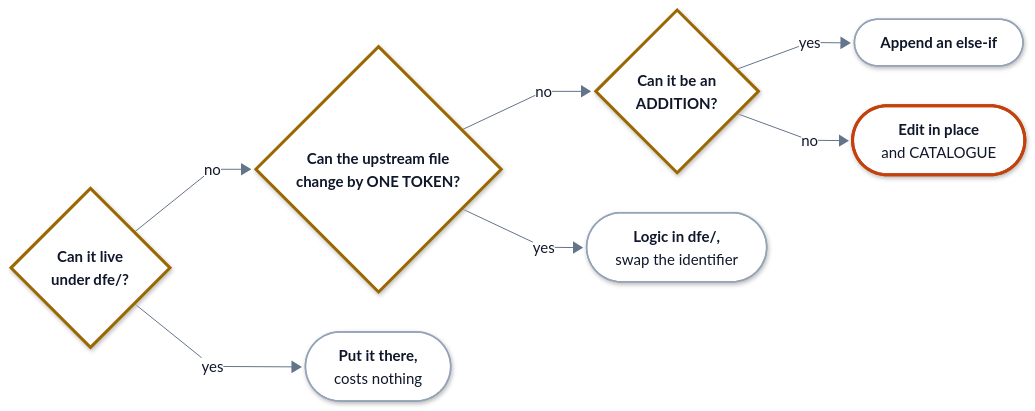
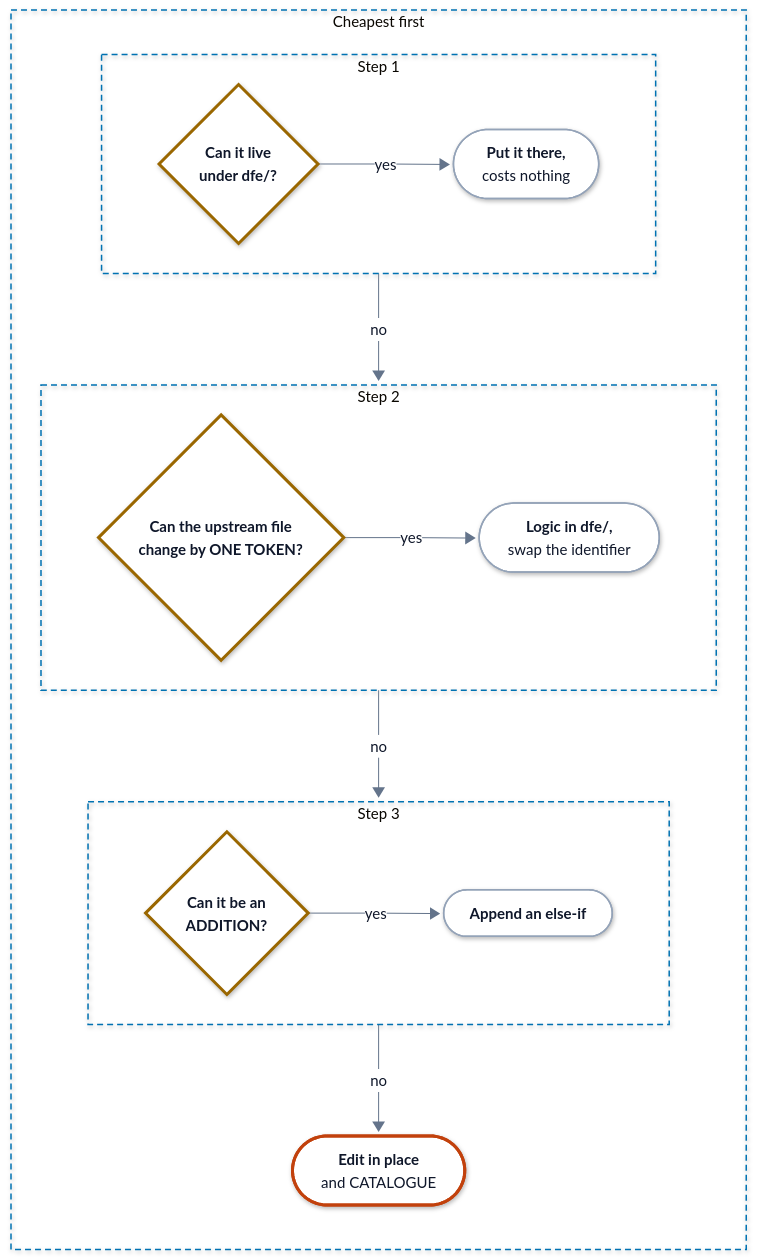
The diagram in docs/fork/design.md (hyperi-io/dfe-hyperdx), drawn with Mermaid before and after one commit. The commit also changed 15 other files, not shown here.

First line of the commit message:
docs(architecture): add the architecture page and fit every flowchart (#234)

````diff
--- a/docs/fork/design.md
+++ b/docs/fork/design.md
@@ -80,22 +80,37 @@
     .ui .label-icon{color:#D9480F}
     .ext .label-icon{color:#64748B}
 ---
-flowchart LR
+flowchart TB
   accTitle: L4 Detail -- The cheapest-edit ladder
   accDescr: If the change can live under dfe it goes there and costs nothing. If not and the upstream file can change by one token, the logic goes under dfe and the call site swaps one identifier. If not and it can be an addition next to a brace, append an else-if. Otherwise edit in place and catalogue it.
-  q1{"<b>Can it live<br/>under dfe/?</b>"}
-  q2{"<b>Can the upstream file<br/>change by ONE TOKEN?</b>"}
-  a1(["<b>Put it there,</b><br/><span>costs nothing</span>"])
-  q3{"<b>Can it be an<br/>ADDITION?</b>"}
-  a2(["<b>Logic in dfe/,</b><br/><span>swap the identifier</span>"])
-  a3(["<b>Append an else-if</b>"])
-  a4(["<b>Edit in place</b><br/><span>and CATALOGUE</span>"])
-  q1 -->|no| q2
-  q1 -->|yes| a1
-  q2 -->|no| q3
-  q2 -->|yes| a2
-  q3 -->|yes| a3
-  q3 -->|no| a4
+  subgraph ladder["Cheapest first"]
+    direction TB
+    subgraph s1["Step 1"]
+      direction LR
+      q1{"<b>Can it live<br/>under dfe/?</b>"}
+      a1(["<b>Put it there,</b><br/><span>costs nothing</span>"])
+      q1 -->|yes| a1
+    end
+    subgraph s2["Step 2"]
+      direction LR
+      q2{"<b>Can the upstream file<br/>change by ONE TOKEN?</b>"}
+      a2(["<b>Logic in dfe/,</b><br/><span>swap the identifier</span>"])
+      q2 -->|yes| a2
+    end
+    subgraph s3["Step 3"]
+      direction LR
+      q3{"<b>Can it be an<br/>ADDITION?</b>"}
+      a3(["<b>Append an else-if</b>"])
+      q3 -->|yes| a3
+    end
+    a4(["<b>Edit in place</b><br/><span>and CATALOGUE</span>"])
+    s1 -->|no| s2
+    s2 -->|no| s3
+    s3 -->|no| a4
+  end
+  class q1,q2,q3 decision
+  class a1,a2,a3 part
+  class a4 error
   classDef ext fill:#F4F6F8,stroke:#94A3B8,stroke-width:1.5px,stroke-dasharray:5 4,color:#0F172A
   classDef ingest fill:#FFFFFF,stroke:#0E8A7D,stroke-width:3px,color:#0F172A
   classDef xform fill:#FFFFFF,stroke:#7B4FB0,stroke-width:3px,color:#0F172A
@@ -107,7 +122,8 @@
   classDef error fill:#FFFFFF,stroke:#C2410C,stroke-width:3px,color:#0F172A
   classDef control fill:#FFFFFF,stroke:#334155,stroke-width:3px,color:#0F172A
   classDef part fill:#FFFFFF,stroke:#94A3B8,stroke-width:1.5px,color:#0F172A
-  class q1,q2,q3 decision
-  class a1,a2,a3 part
-  class a4 error
+  style ladder fill:none,stroke:#0072B2,stroke-width:1.5px,stroke-dasharray:6 4
+  style s1 fill:none,stroke:#0072B2,stroke-width:1.5px,stroke-dasharray:6 4
+  style s2 fill:none,stroke:#0072B2,stroke-width:1.5px,stroke-dasharray:6 4
+  style s3 fill:none,stroke:#0072B2,stroke-width:1.5px,stroke-dasharray:6 4
 ```
````
